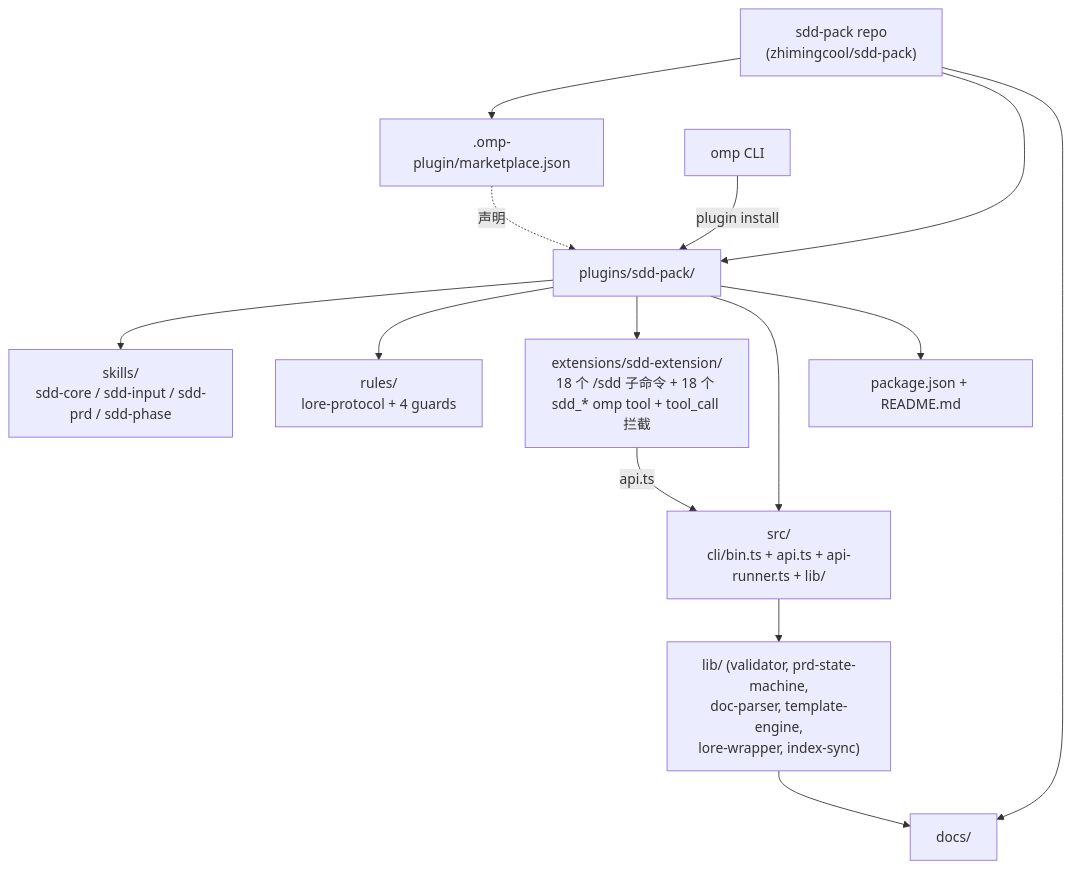
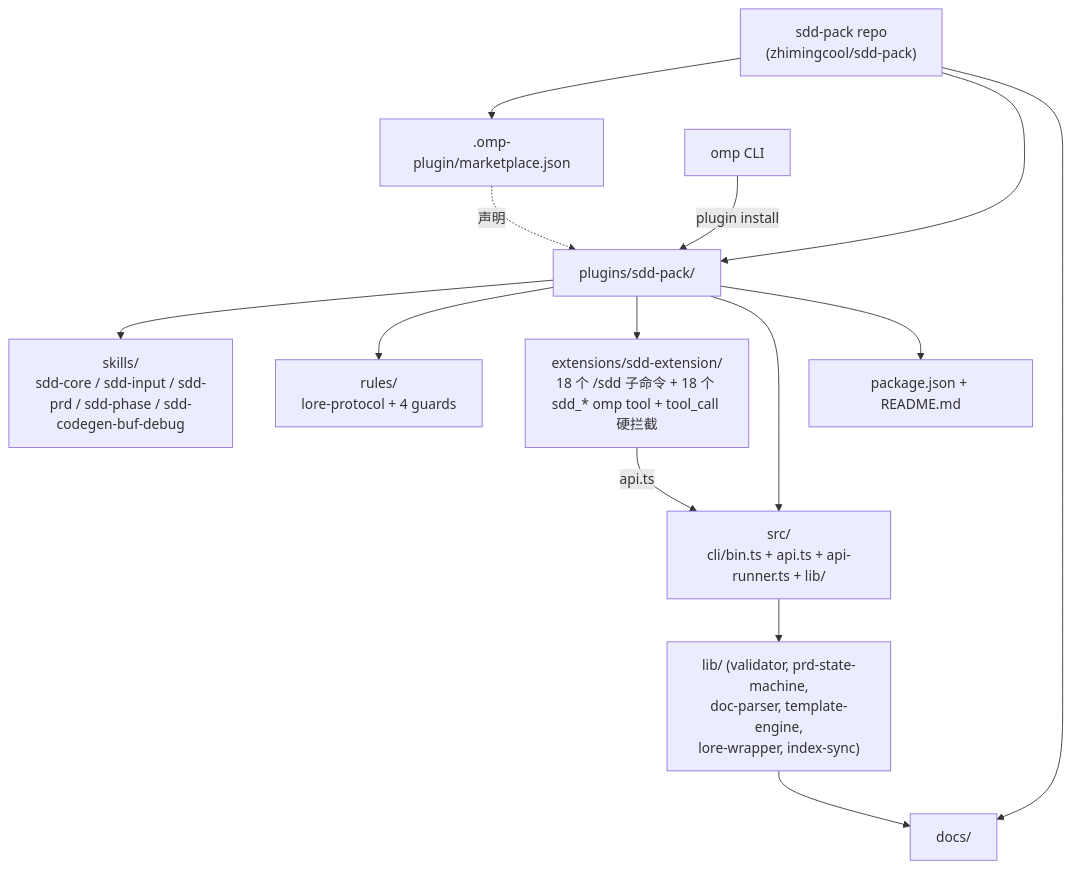
The first of 2 diagrams in docs/architecture/overview.md (Norman-pong/sdd-pack), drawn with Mermaid before and after one commit. The commit also changed other lines of this file and 25 other files, not shown here.

````diff
--- a/docs/architecture/overview.md
+++ b/docs/architecture/overview.md
@@ -28,19 +28,19 @@
 ```mermaid
 graph TB
     Repo["sdd-pack repo<br/>(zhimingcool/sdd-pack)"] --> Catalog[".omp-plugin/marketplace.json"]
     Repo --> Plugin["plugins/sdd-pack/"]
     Repo --> Docs["docs/"]
 
-    Plugin --> Skills["skills/<br/>sdd-core / sdd-input / sdd-prd / sdd-phase"]
+    Plugin --> Skills["skills/<br/>sdd-core / sdd-input / sdd-prd / sdd-phase / sdd-codegen-buf-debug"]
     Plugin --> Rules["rules/<br/>lore-protocol + 4 guards"]
-    Plugin --> Ext["extensions/sdd-extension/<br/>18 个 /sdd 子命令 + 18 个 sdd_* omp tool + tool_call 拦截"]
+    Plugin --> Ext["extensions/sdd-extension/<br/>18 个 /sdd 子命令 + 18 个 sdd_* omp tool + tool_call 硬拦截"]
     Plugin --> Src["src/<br/>cli/bin.ts + api.ts + api-runner.ts + lib/"]
     Plugin --> Manifest["package.json + README.md"]
 
     Catalog -.声明.-> Plugin
     OMP["omp CLI"] -->|plugin install| Plugin
 
     Ext -->|api.ts| Src
     Src --> Lib["lib/ (validator, prd-state-machine,<br/>doc-parser, template-engine,<br/>lore-wrapper, index-sync)"]
     Lib --> Docs
 ```
````
